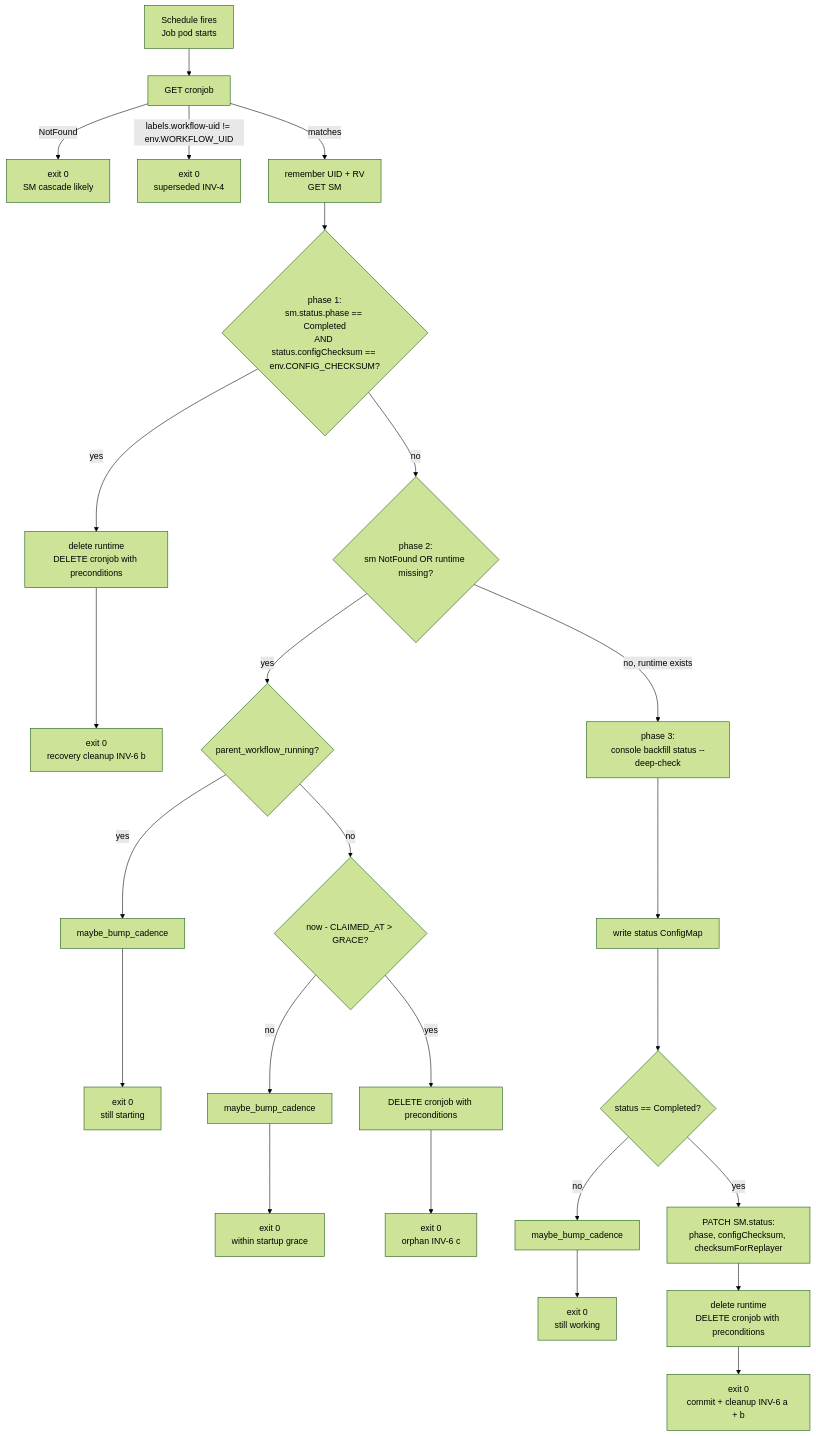
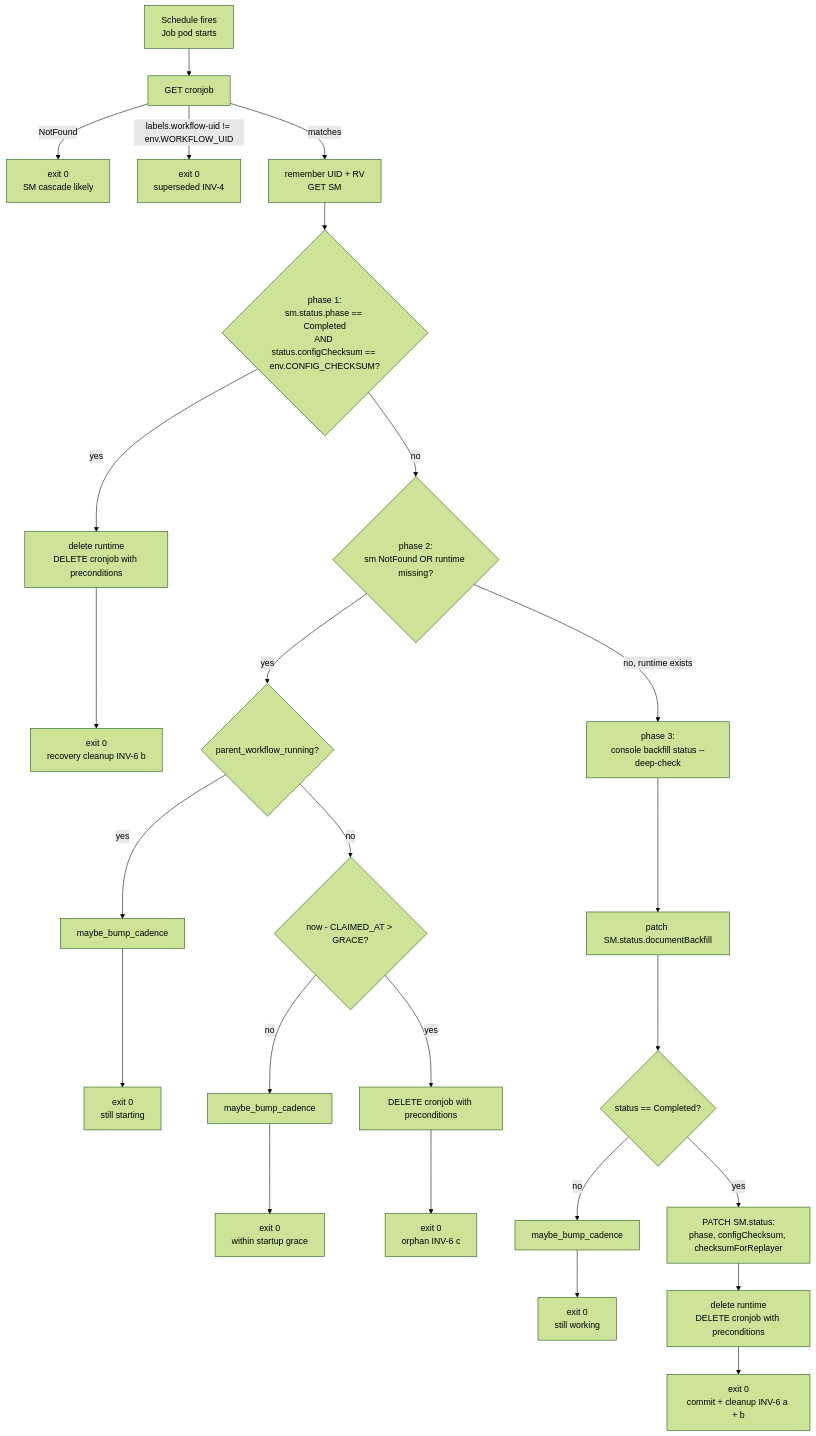
One commit to gregschohn/opensearch-migrations changed the first of 5 diagrams in docs/rfsCronJobMonitor.md. Above: the diagram before and after it, drawn with Mermaid (forest theme). The commit also changed other lines of this file and 8 other files, not shown here.

````diff
--- a/docs/rfsCronJobMonitor.md
+++ b/docs/rfsCronJobMonitor.md
@@ -102,24 +101,24 @@
 ```mermaid
 flowchart TD
   A[Schedule fires<br/>Job pod starts] --> B[GET cronjob]
   B -->|NotFound| Z1[exit 0<br/>SM cascade likely]
   B -->|labels.workflow-uid != env.WORKFLOW_UID| Z2[exit 0<br/>superseded INV-4]
   B -->|matches| C[remember UID + RV<br/>GET SM]
   C --> D{phase 1:<br/>sm.status.phase == Completed<br/>AND status.configChecksum == env.CONFIG_CHECKSUM?}
   D -->|yes| E[delete runtime<br/>DELETE cronjob with preconditions]
   E --> Z3[exit 0<br/>recovery cleanup INV-6 b]
   D -->|no| F{phase 2:<br/>sm NotFound OR runtime missing?}
   F -->|yes| G{parent_workflow_running?}
   G -->|yes| BUMP1[maybe_bump_cadence] --> Z4[exit 0<br/>still starting]
   G -->|no| H{now - CLAIMED_AT > GRACE?}
   H -->|no| BUMP2[maybe_bump_cadence] --> Z5[exit 0<br/>within startup grace]
   H -->|yes| I[DELETE cronjob with preconditions]
   I --> Z6[exit 0<br/>orphan INV-6 c]
   F -->|no, runtime exists| J[phase 3:<br/>console backfill status --deep-check]
-  J --> K[write status ConfigMap]
+  J --> K[patch SM.status.documentBackfill]
   K --> L{status == Completed?}
   L -->|no| BUMP3[maybe_bump_cadence] --> Z7[exit 0<br/>still working]
   L -->|yes| M[PATCH SM.status:<br/>phase, configChecksum, checksumForReplayer]
   M --> N[delete runtime<br/>DELETE cronjob with preconditions]
   N --> Z8[exit 0<br/>commit + cleanup INV-6 a + b]
 ```
````
